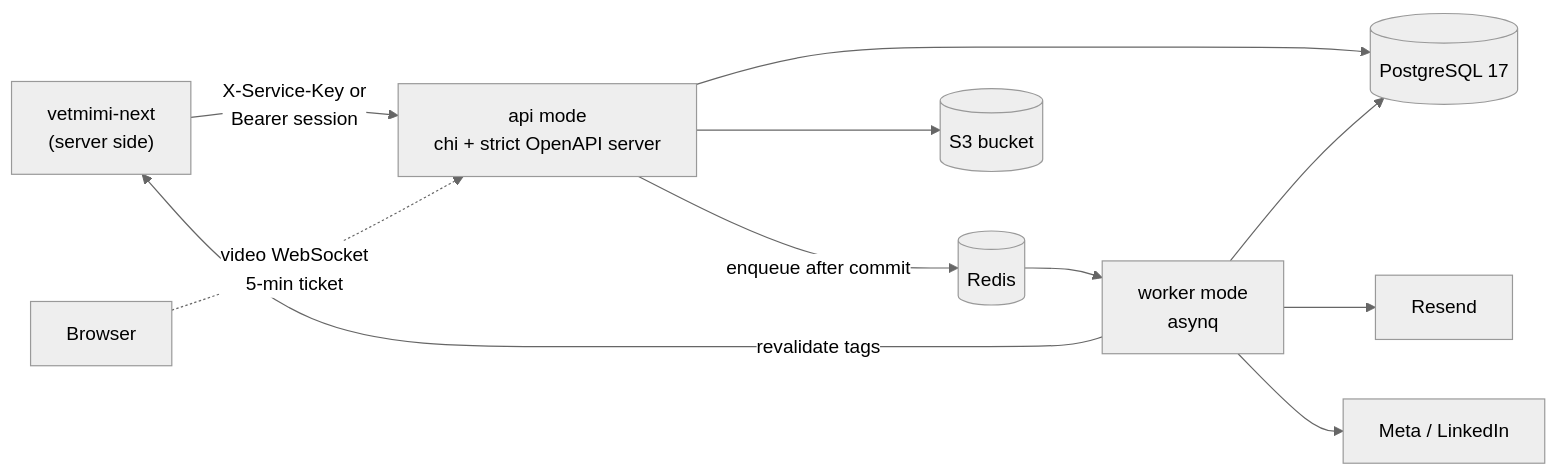
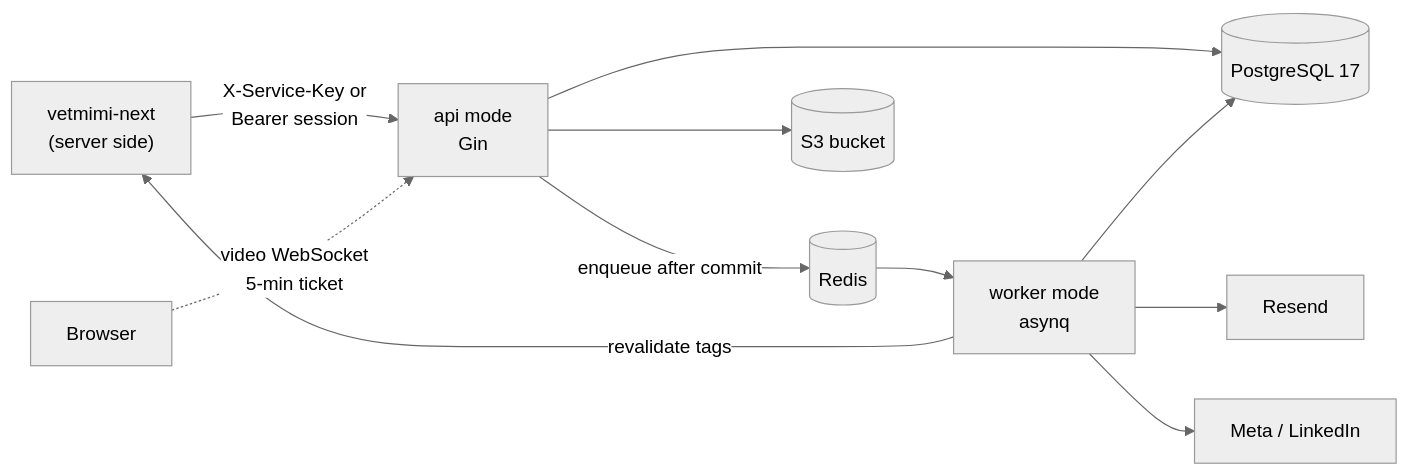
Before and after one commit to VetMiMi/vetmimi-api: the diagram in README.md, drawn with Mermaid (neutral theme). The commit also changed other lines of this file and 148 other files, not shown here.

Commit message:
refactor: serve the api through gin with handwritten structs (#186)

````diff
--- a/README.md
+++ b/README.md
@@ -193,13 +185,13 @@
 ```mermaid
 flowchart LR
-  next["vetmimi-next<br/>(server side)"] -->|"X-Service-Key or<br/>Bearer session"| api["api mode<br/>chi + strict OpenAPI server"]
+  next["vetmimi-next<br/>(server side)"] -->|"X-Service-Key or<br/>Bearer session"| api["api mode<br/>Gin"]
   browser["Browser"] -.->|"video WebSocket<br/>5-min ticket"| api
   api --> pg[("PostgreSQL 17")]
   api -->|"enqueue after commit"| redis[("Redis")]
   redis --> worker["worker mode<br/>asynq"]
   worker --> pg
   worker --> resend["Resend"]
   worker --> social["Meta / LinkedIn"]
   worker -->|"revalidate tags"| next
   api --> s3[("S3 bucket")]
 ```
````
